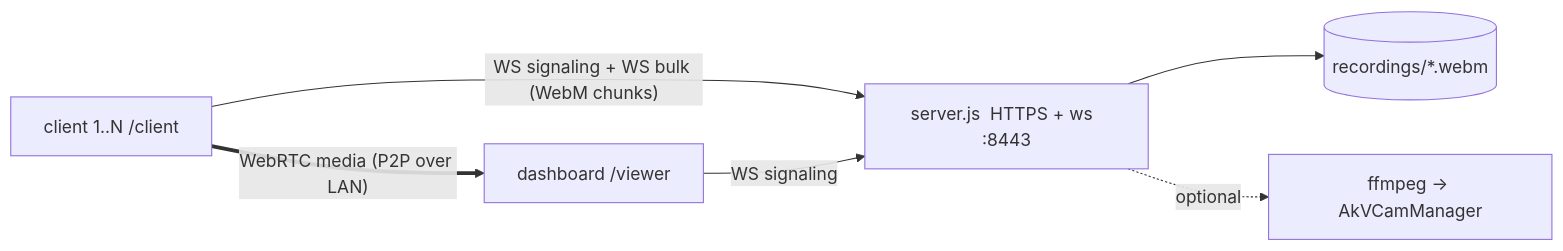
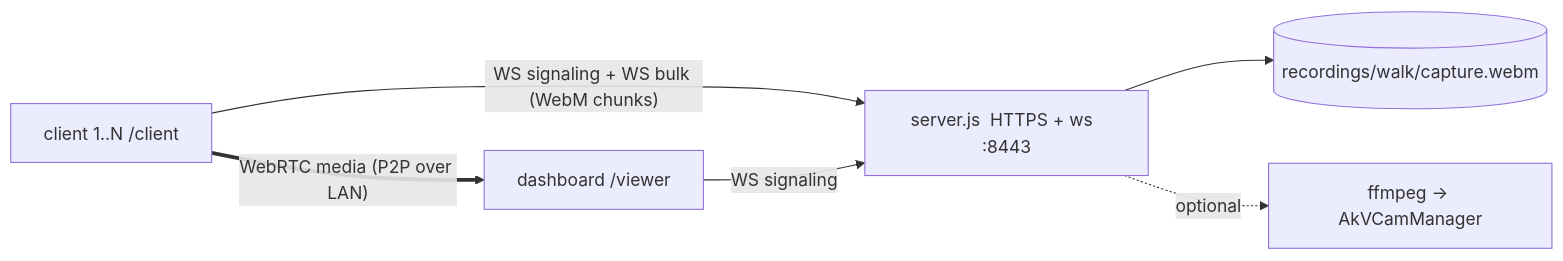
One commit to sebuju/synora changed the second of 2 diagrams in README.md. Above: the diagram before and after it, drawn with Mermaid. The commit also changed other lines of this file and 5 other files, not shown here.

````diff
--- a/README.md
+++ b/README.md
@@ -189,14 +189,14 @@
 ```mermaid
 flowchart LR
     P1["client 1..N  /client"]
     S["server.js  HTTPS + ws  :8443"]
     V["dashboard  /viewer"]
-    R[("recordings/*.webm")]
+    R[("recordings/walk/capture.webm")]
     C["ffmpeg → AkVCamManager"]
 
     P1 -- "WS signaling + WS bulk (WebM chunks)" --> S
     V -- "WS signaling" --> S
     S --> R
     S -.optional.-> C
     P1 == "WebRTC media (P2P over LAN)" ==> V
 ```
````
